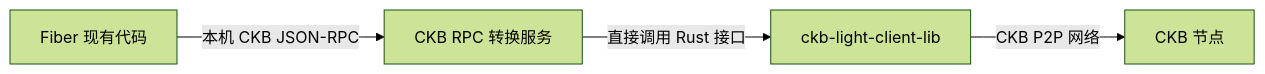
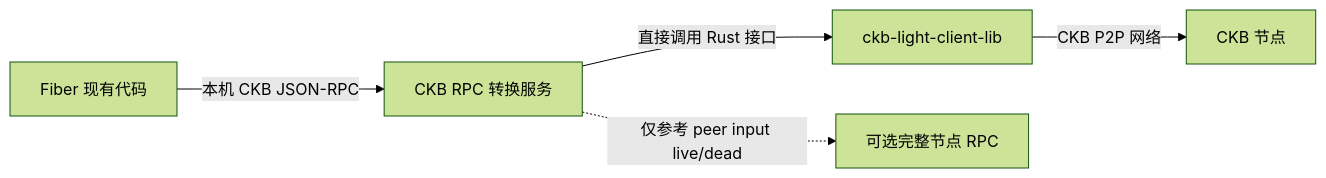
One commit to joii2020/fiber-ffi changed the first of 2 diagrams in docs/ckb-light-client-integration.md. Above: the diagram before and after it, drawn with Mermaid (forest theme). The commit also changed other lines of this file and 89 other files, not shown here.

````diff
--- a/docs/ckb-light-client-integration.md
+++ b/docs/ckb-light-client-integration.md
@@ -32,6 +32,7 @@
 ```mermaid
 flowchart LR
     F["Fiber 现有代码"] -->|"本机 CKB JSON-RPC"| G["CKB RPC 转换服务"]
     G -->|"直接调用 Rust 接口"| L["ckb-light-client-lib"]
+    G -.->|"仅参考 peer input live/dead"| R["可选完整节点 RPC"]
     L -->|"CKB P2P 网络"| P["CKB 节点"]
 ```
````
